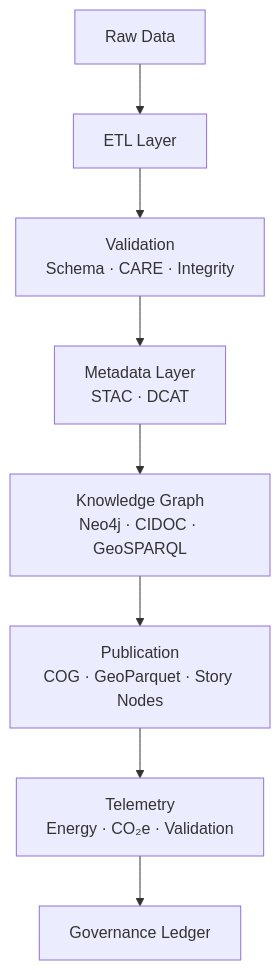
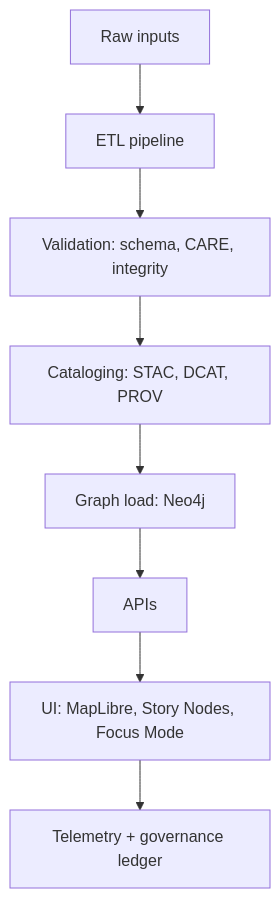
The diagram in src/pipelines/architecture/architecture_diagrams/README.md (bartytime4life/Kansas-Frontier-Matrix), drawn with Mermaid before and after one commit. The commit also changed other lines of this file, not shown here.

```diff
--- a/src/pipelines/architecture/architecture_diagrams/README.md
+++ b/src/pipelines/architecture/architecture_diagrams/README.md
@@ -89,10 +169,10 @@
-~~~~~mermaid
+~~~mermaid
 flowchart TD
-  A["Raw Data"] --> B["ETL Layer"]
-  B --> C["Validation<br/>Schema · CARE · Integrity"]
-  C --> D["Metadata Layer<br/>STAC · DCAT"]
-  D --> E["Knowledge Graph<br/>Neo4j · CIDOC · GeoSPARQL"]
-  E --> F["Publication<br/>COG · GeoParquet · Story Nodes"]
-  F --> G["Telemetry<br/>Energy · CO₂e · Validation"]
-  G --> H["Governance Ledger"]
-~~~~~
+  A["Raw inputs"] --> B["ETL pipeline"]
+  B --> C["Validation: schema, CARE, integrity"]
+  C --> D["Cataloging: STAC, DCAT, PROV"]
+  D --> E["Graph load: Neo4j"]
+  E --> F["APIs"]
+  F --> G["UI: MapLibre, Story Nodes, Focus Mode"]
+  G --> H["Telemetry + governance ledger"]
+~~~
```
